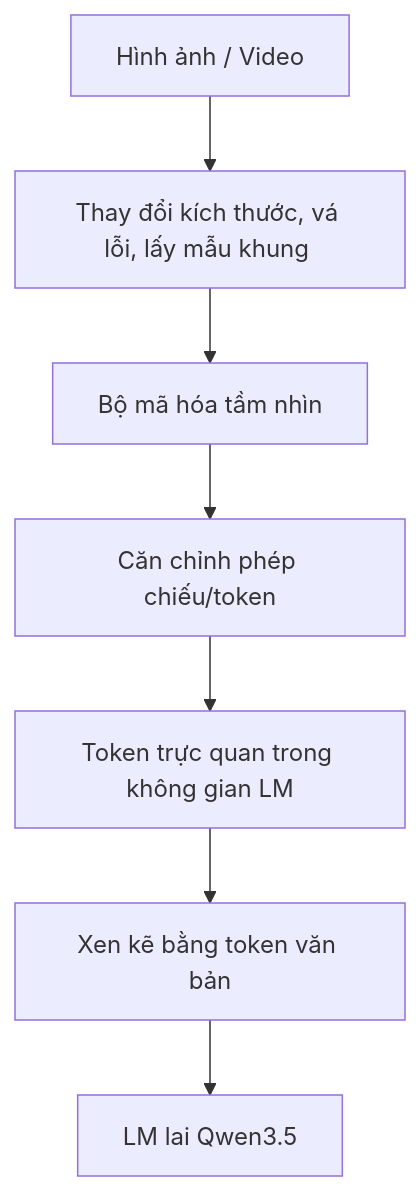
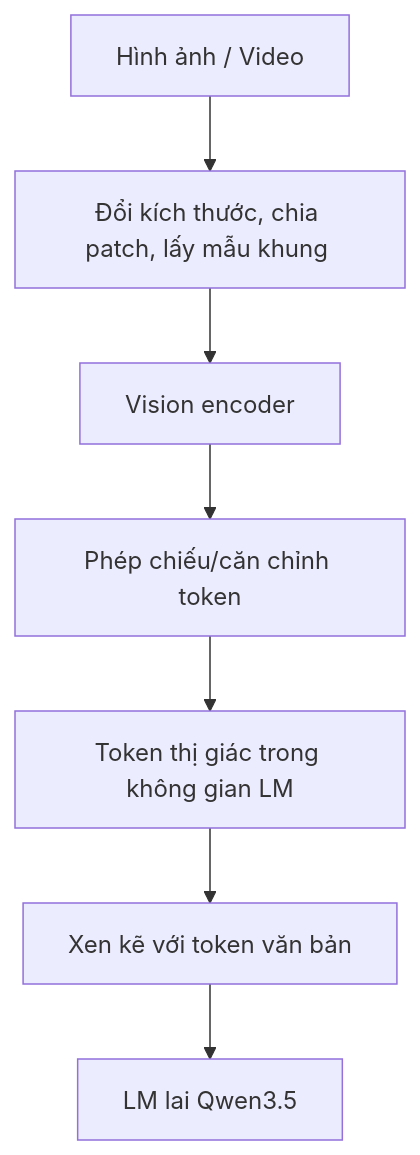
The third of 3 diagrams in docs/research_finding/01-gwen/qwen_models/Qwen3.5/architecture.md (cycler04/VinRobotics-VLA), drawn with Mermaid before and after one commit. The commit also changed other lines of this file and 79 other files, not shown here.

````diff
--- a/docs/research_finding/01-gwen/qwen_models/Qwen3.5/architecture.md
+++ b/docs/research_finding/01-gwen/qwen_models/Qwen3.5/architecture.md
@@ -199,9 +199,9 @@
 ```mermaid
 flowchart TB
-  I[Hình ảnh / Video] --> P[Thay đổi kích thước, vá lỗi, lấy mẫu khung <br/>]
-  P --> V[Bộ mã hóa tầm nhìn]
-  V --> A[Căn chỉnh phép chiếu/token]
-  A --> T[Token trực quan trong không gian LM]
-  T --> U[Xen kẽ bằng token văn bản]
+  I[Hình ảnh / Video] --> P[Đổi kích thước, chia patch, lấy mẫu khung <br/>]
+  P --> V[Vision encoder]
+  V --> A[Phép chiếu/căn chỉnh token]
+  A --> T[Token thị giác trong không gian LM]
+  T --> U[Xen kẽ với token văn bản]
   U --> L[LM lai Qwen3.5]
 ```
````
